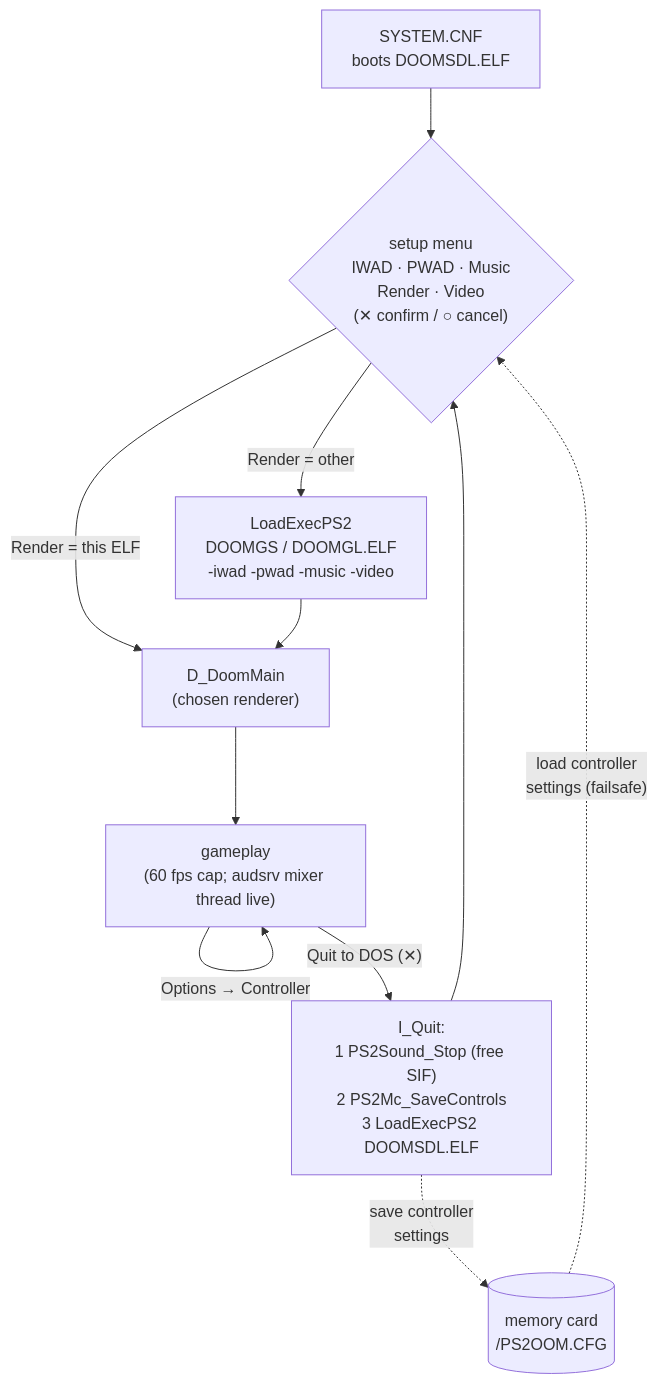
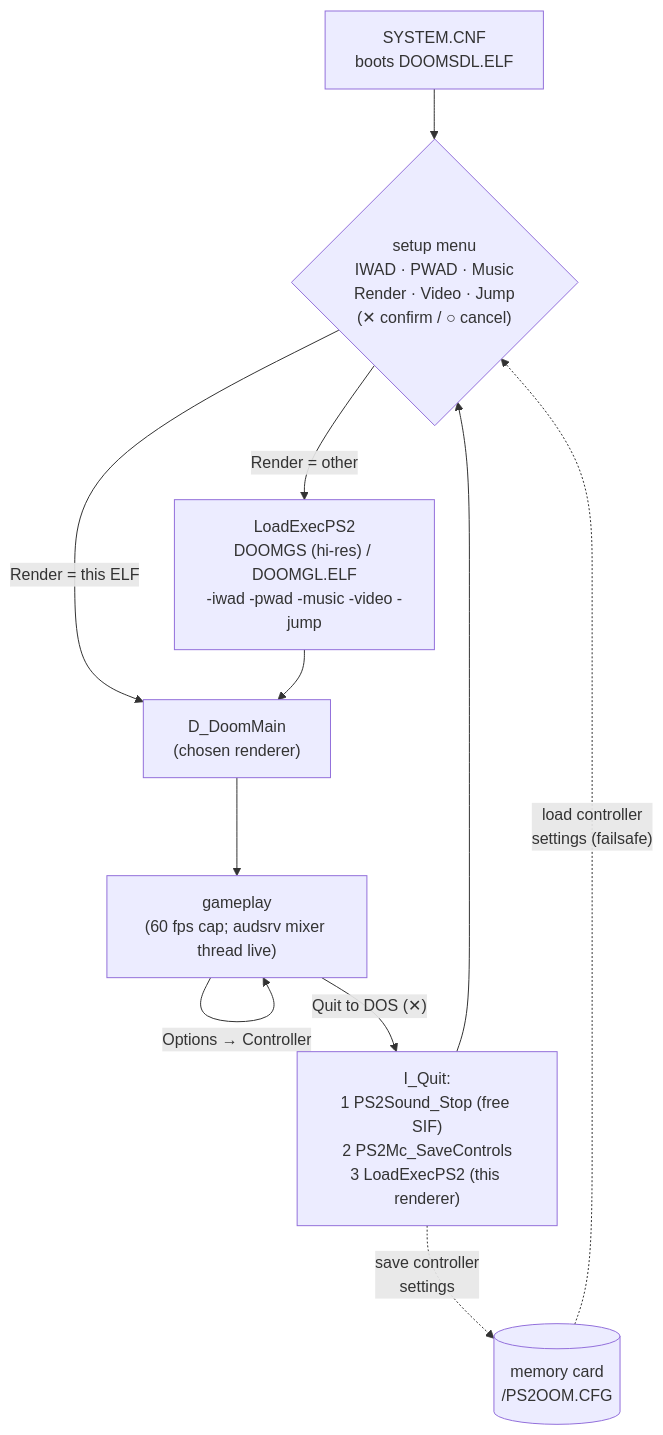
One commit to Stayhye/ps2oom changed the first of 3 diagrams in ps2/README.md. Above: the diagram before and after it, drawn with Mermaid. The commit also changed other lines of this file and 1 other file, not shown here.

First line of the commit message:
docs: hi-res (640x400), jump, new controls, gsiso, EE serial log; rename

````diff
--- a/ps2/README.md
+++ b/ps2/README.md
@@ -54,13 +62,13 @@
 ```mermaid
 flowchart TD
-  CNF["SYSTEM.CNF<br/>boots DOOMSDL.ELF"] --> MENU{"setup menu<br/>IWAD · PWAD · Music<br/>Render · Video<br/>(✕ confirm / ○ cancel)"}
+  CNF["SYSTEM.CNF<br/>boots DOOMSDL.ELF"] --> MENU{"setup menu<br/>IWAD · PWAD · Music<br/>Render · Video · Jump<br/>(✕ confirm / ○ cancel)"}
   MC[("memory card<br/>/PS2OOM.CFG")] -. "load controller<br/>settings (failsafe)" .-> MENU
   MENU -- "Render = this ELF" --> GAME["D_DoomMain<br/>(chosen renderer)"]
-  MENU -- "Render = other" --> SWITCH["LoadExecPS2<br/>DOOMGS / DOOMGL.ELF<br/>-iwad -pwad -music -video"]
+  MENU -- "Render = other" --> SWITCH["LoadExecPS2<br/>DOOMGS (hi-res) / DOOMGL.ELF<br/>-iwad -pwad -music -video -jump"]
   SWITCH --> GAME
   GAME --> PLAY["gameplay<br/>(60 fps cap; audsrv mixer thread live)"]
   PLAY -- "Options → Controller" --> PLAY
-  PLAY -- "Quit to DOS (✕)" --> QUIT["I_Quit:<br/>1 PS2Sound_Stop (free SIF)<br/>2 PS2Mc_SaveControls<br/>3 LoadExecPS2 DOOMSDL.ELF"]
+  PLAY -- "Quit to DOS (✕)" --> QUIT["I_Quit:<br/>1 PS2Sound_Stop (free SIF)<br/>2 PS2Mc_SaveControls<br/>3 LoadExecPS2 (this renderer)"]
   QUIT -. "save controller<br/>settings" .-> MC
   QUIT --> MENU
 ```
````
